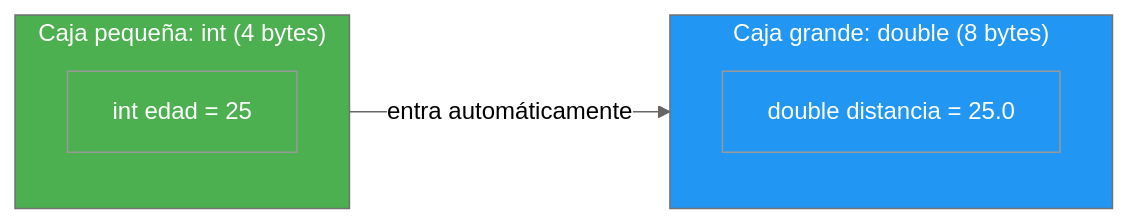
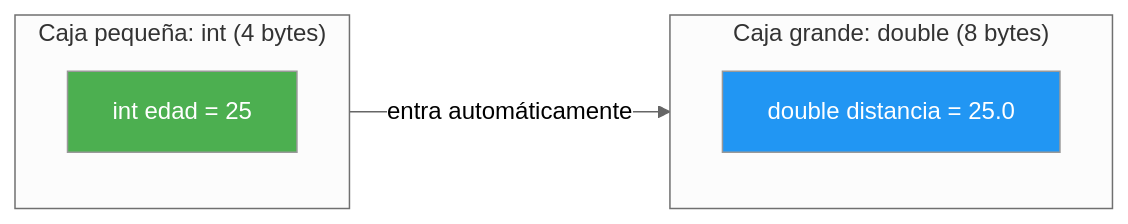
One commit to joseluisgs/Programacion-01-2026-2027 changed the second of 3 diagrams in 08-conversiones-tipo.md. Above: the diagram before and after it, drawn with Mermaid (neutral theme). The commit also changed other lines of this file and 3 other files, not shown here.

First line of the commit message:
docs: elimina los style de los subgraf de los diagramas Mermaid

````diff
--- a/08-conversiones-tipo.md
+++ b/08-conversiones-tipo.md
@@ -273,15 +273,13 @@
 ```mermaid
 graph LR
     subgraph CAJA_PEQ ["Caja pequeña: int (4 bytes)"]
         A1["int edad = 25"]
     end
     subgraph CAJA_GRAN ["Caja grande: double (8 bytes)"]
         B1["double distancia = 25.0"]
     end
     CAJA_PEQ -->|"entra automáticamente"| CAJA_GRAN
 
-    style CAJA_PEQ fill:#4CAF50,color:#fff
-    style CAJA_GRAN fill:#2196F3,color:#fff
 style A1 fill:#4CAF50,color:#fff
   style B1 fill:#2196F3,color:#fff
 ```
````
